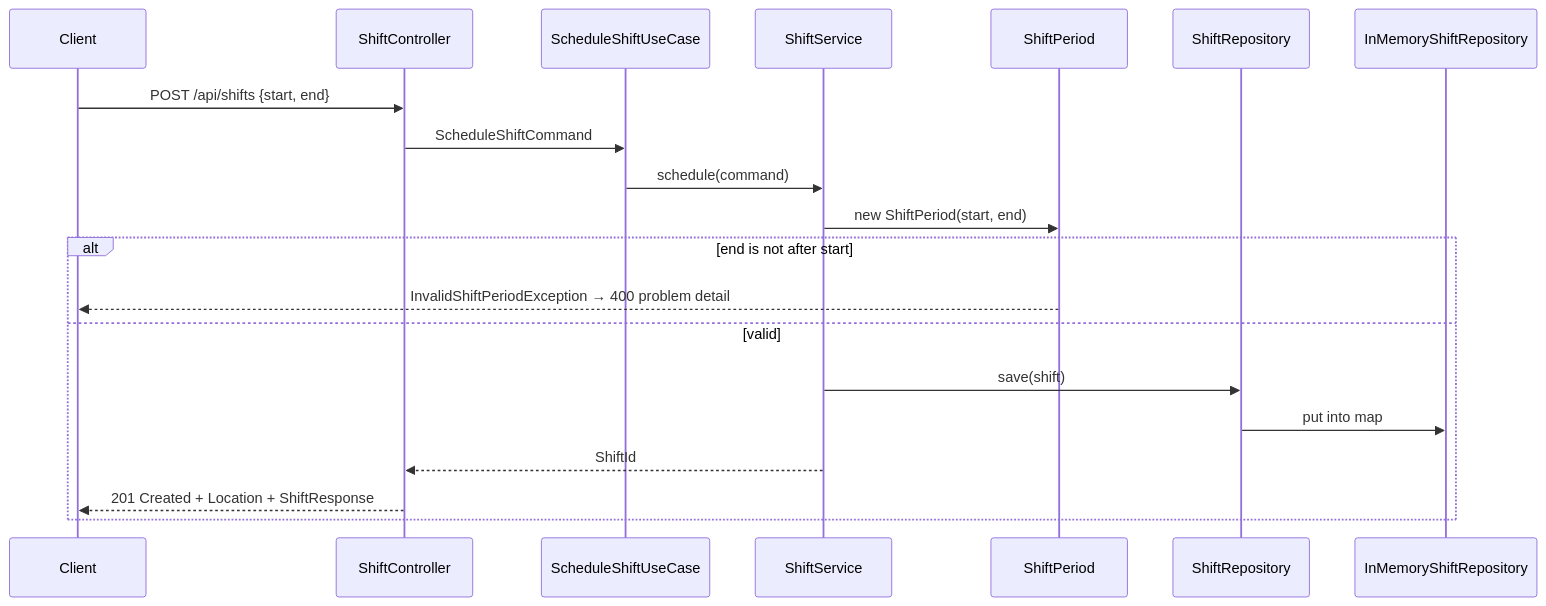
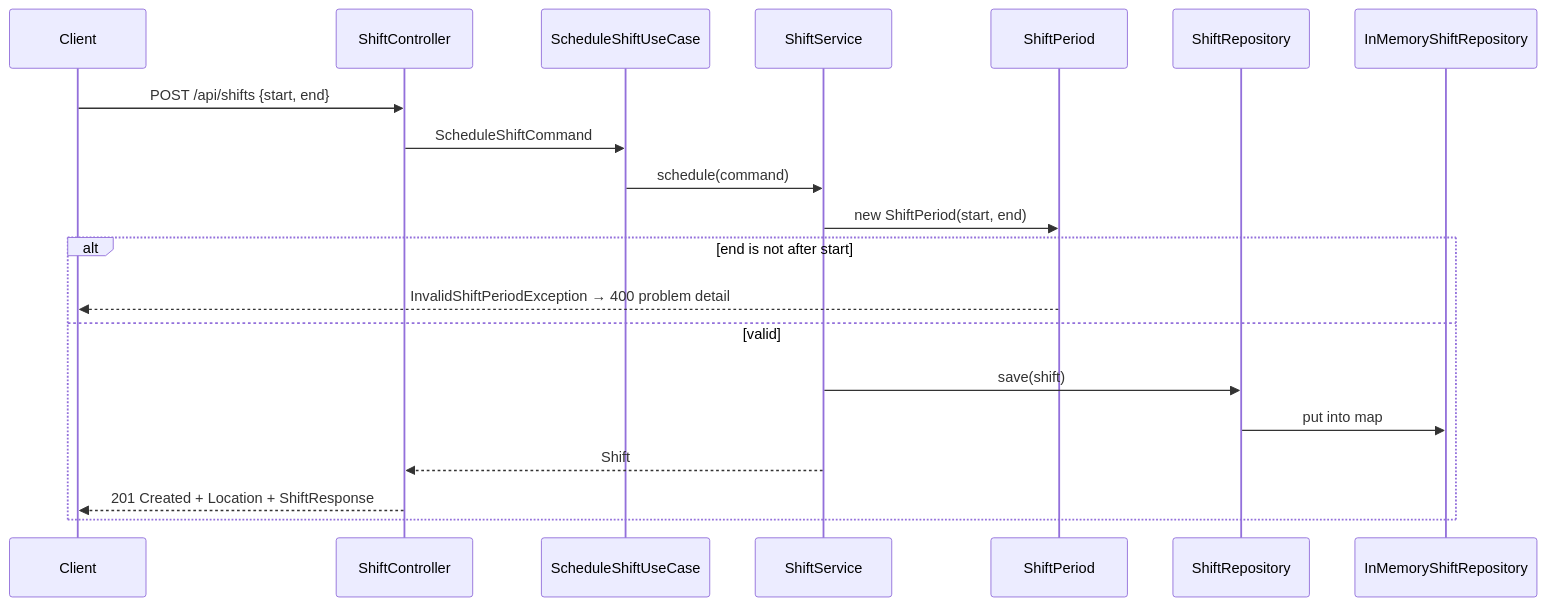
One commit to NaimElijah/HrSched changed the second of 2 diagrams in docs/architecture/architecture.md. Above: the diagram before and after it, drawn with Mermaid. The commit also changed 4 other files, not shown here.

````diff
--- a/docs/architecture/architecture.md
+++ b/docs/architecture/architecture.md
@@ -76,23 +76,23 @@
 ```mermaid
 sequenceDiagram
     participant C as Client
     participant W as ShiftController
     participant U as ScheduleShiftUseCase
     participant S as ShiftService
     participant D as ShiftPeriod
     participant R as ShiftRepository
     participant A as InMemoryShiftRepository
 
     C->>W: POST /api/shifts {start, end}
     W->>U: ScheduleShiftCommand
     U->>S: schedule(command)
     S->>D: new ShiftPeriod(start, end)
     alt end is not after start
         D-->>C: InvalidShiftPeriodException → 400 problem detail
     else valid
         S->>R: save(shift)
         R->>A: put into map
-        S-->>W: ShiftId
+        S-->>W: Shift
         W-->>C: 201 Created + Location + ShiftResponse
     end
 ```
````
